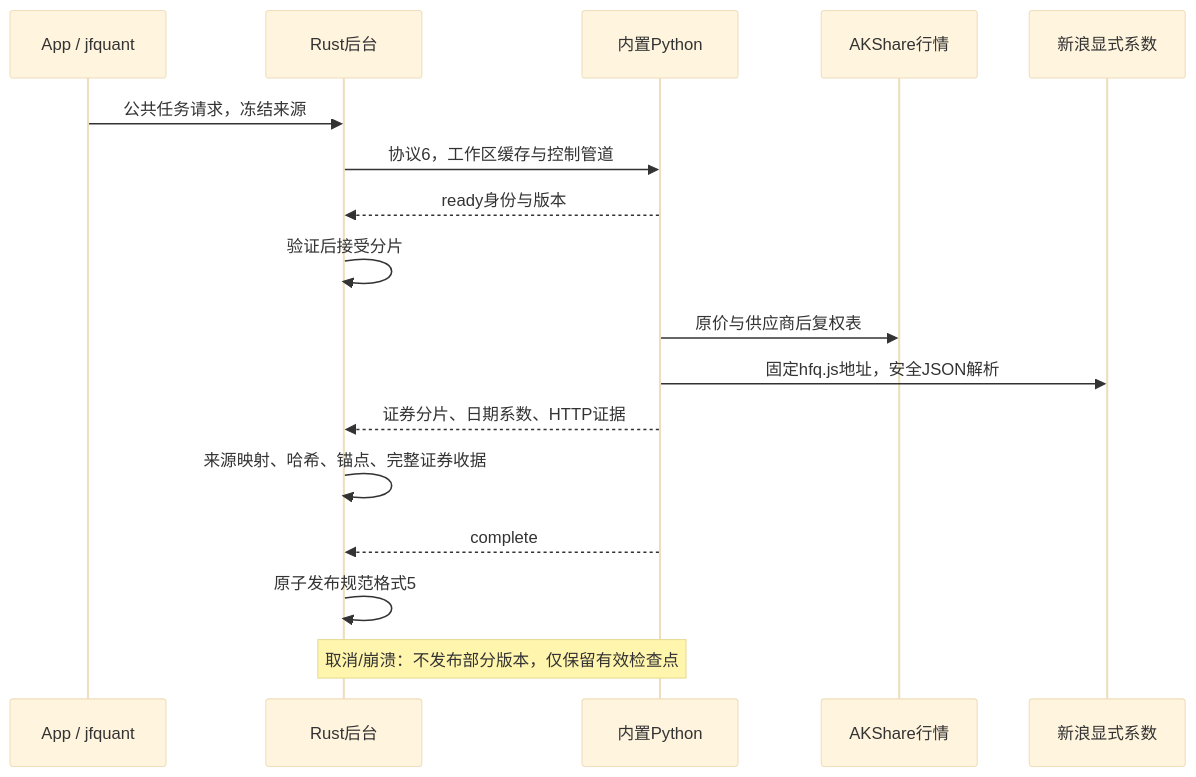
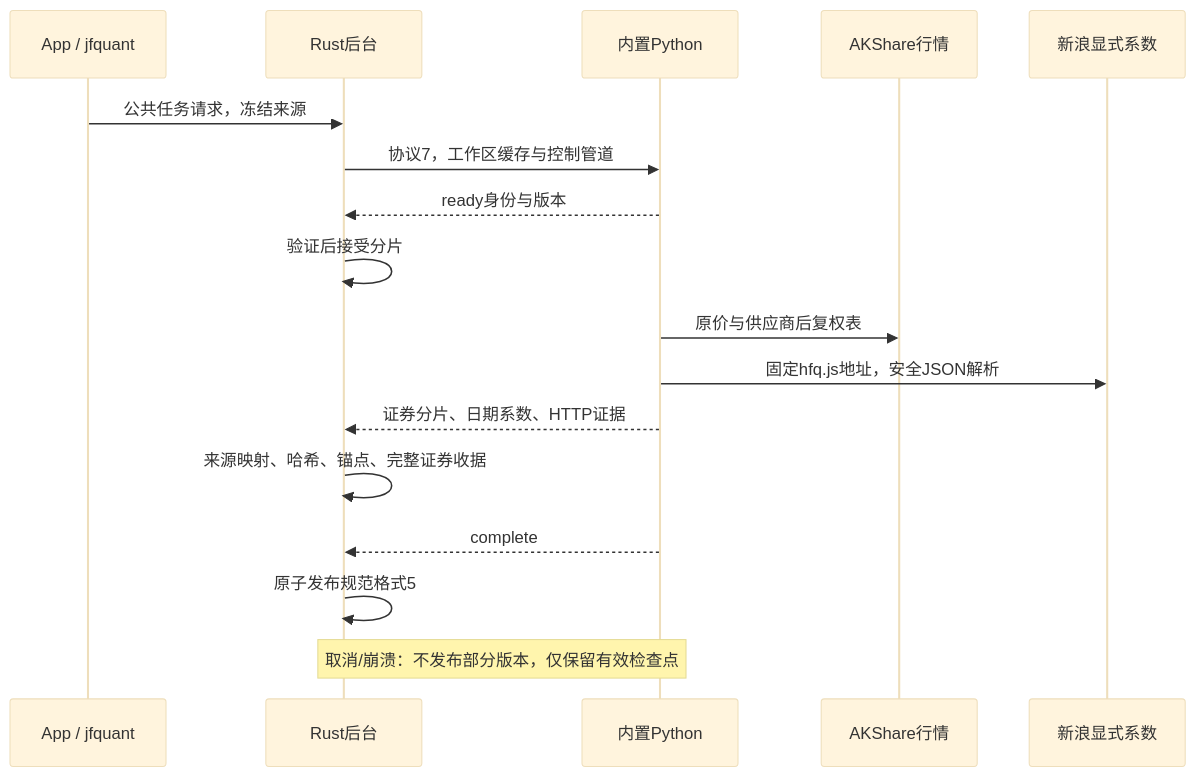
One commit to Dennishaha/JFQuant changed the first of 2 diagrams in crates/storage/collectors/README.md. Above: the diagram before and after it, drawn with Mermaid (base theme). The commit also changed other lines of this file and 77 other files, not shown here.

````diff
--- a/crates/storage/collectors/README.md
+++ b/crates/storage/collectors/README.md
@@ -13,19 +13,19 @@
 ```mermaid
 sequenceDiagram
   participant C as App / jfquant
   participant W as Rust后台
   participant P as 内置Python
   participant A as AKShare行情
   participant S as 新浪显式系数
   C->>W: 公共任务请求，冻结来源
-  W->>P: 协议6，工作区缓存与控制管道
+  W->>P: 协议7，工作区缓存与控制管道
   P-->>W: ready身份与版本
   W->>W: 验证后接受分片
   P->>A: 原价与供应商后复权表
   P->>S: 固定hfq.js地址，安全JSON解析
   P-->>W: 证券分片、日期系数、HTTP证据
   W->>W: 来源映射、哈希、锚点、完整证券收据
   P-->>W: complete
   W->>W: 原子发布规范格式5
   Note over W,P: 取消/崩溃：不发布部分版本，仅保留有效检查点
 ```
````
